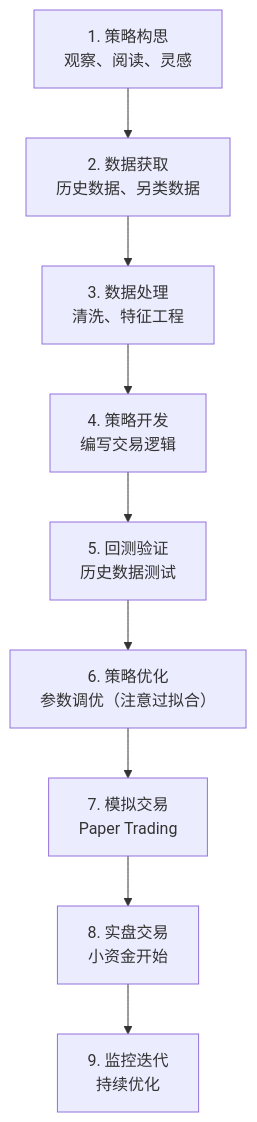
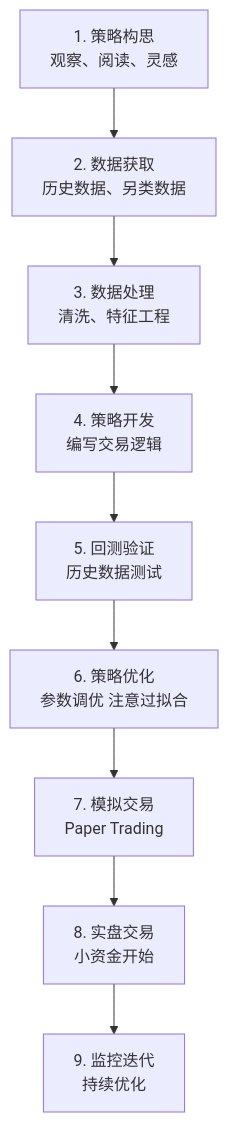
One commit to jpixy/jpixy.github.io changed the sixth of 10 diagrams in content/articles/quant/quant-01-个人量化交易入门指南.md. Above: the diagram before and after it, drawn with Mermaid. The commit also changed other lines of this file and 66 other files, not shown here.

Commit message:
fix: resolve Mermaid syntax errors by removing parentheses in node labels

````diff
--- a/content/articles/quant/quant-01-个人量化交易入门指南.md
+++ b/content/articles/quant/quant-01-个人量化交易入门指南.md
@@ -216,14 +216,14 @@
 ```mermaid
 flowchart TD
     A["1. 策略构思<br/>观察、阅读、灵感"]
     B["2. 数据获取<br/>历史数据、另类数据"]
     C["3. 数据处理<br/>清洗、特征工程"]
     D["4. 策略开发<br/>编写交易逻辑"]
     E["5. 回测验证<br/>历史数据测试"]
-    F["6. 策略优化<br/>参数调优（注意过拟合）"]
+    F["6. 策略优化<br/>参数调优 注意过拟合"]
     G["7. 模拟交易<br/>Paper Trading"]
     H["8. 实盘交易<br/>小资金开始"]
     I["9. 监控迭代<br/>持续优化"]
     
     A --> B --> C --> D --> E --> F --> G --> H --> I
 ```
````
